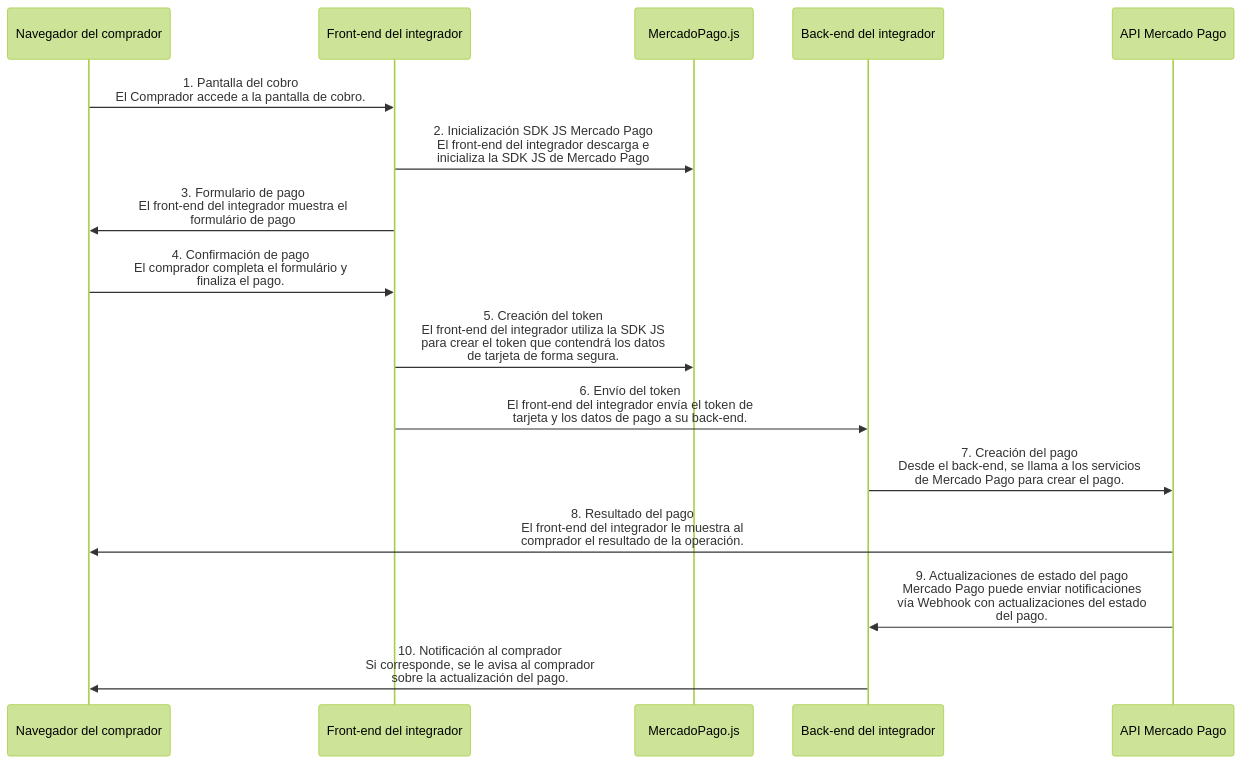
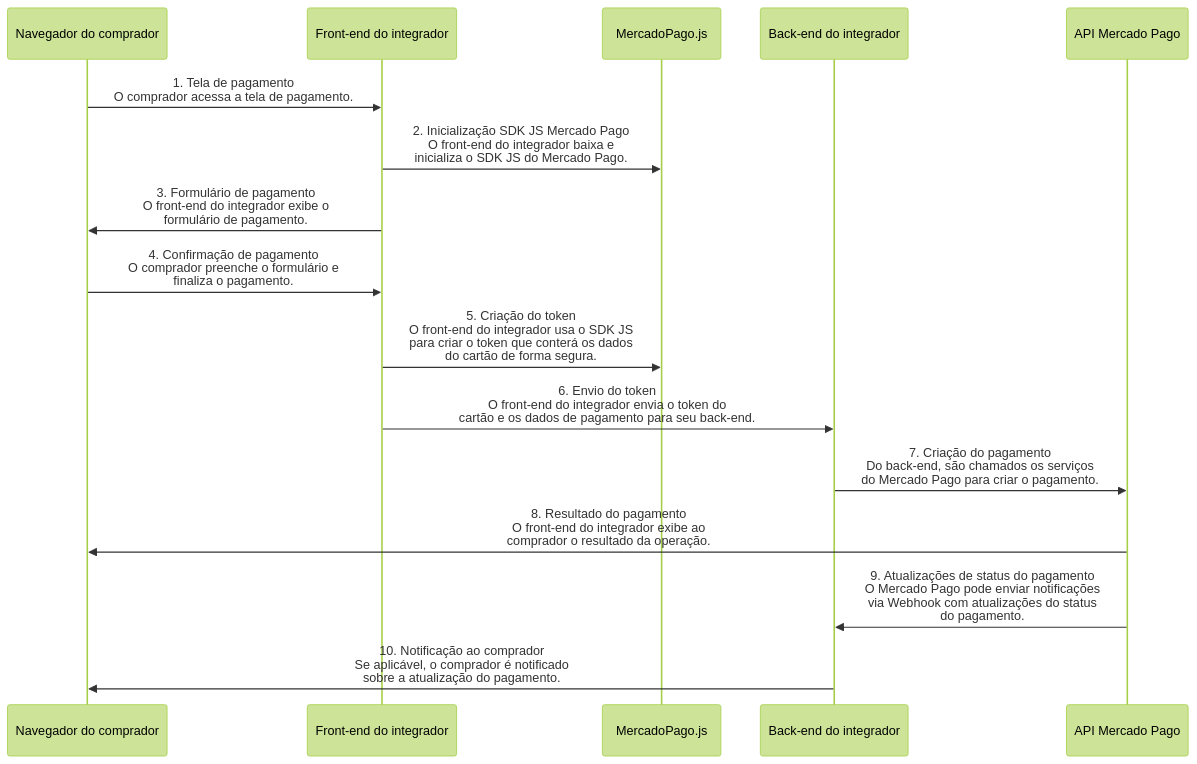
Before and after one commit to 22Neves/devsite-docs: the first of 2 diagrams in guides/checkout-api-orders/payment-integration-cards.pt.md, drawn with Mermaid (forest theme). The commit also changed other lines of this file and 13 other files, not shown here.

```diff
--- a/guides/checkout-api-orders/payment-integration-cards.pt.md
+++ b/guides/checkout-api-orders/payment-integration-cards.pt.md
@@ -16,18 +15,19 @@
 <pre class="mermaid">
   sequenceDiagram
-      participant Navegador del comprador
-      participant Front-end del integrador
-      participant MercadoPago.js
-      participant Back-end del integrador
-      participant API Mercado Pago
-      Navegador del comprador->>Front-end del integrador: 1. Pantalla del cobro<br>El Comprador accede a la pantalla de cobro.
-      Front-end del integrador->>MercadoPago.js: 2. Inicialización SDK JS Mercado Pago<br> El front-end del integrador descarga e<br>inicializa la SDK JS de Mercado Pago 
-      Front-end del integrador->>Navegador del comprador: 3. Formulario de pago<br>El front-end del integrador muestra el<br>formulário de pago
-      Navegador del comprador->>Front-end del integrador: 4. Confirmación de pago<br>El comprador completa el formulário y<br>finaliza el pago.
-      Front-end del integrador->>MercadoPago.js: 5. Creación del token<br>El front-end del integrador utiliza la SDK JS<br>para crear el token que contendrá los datos<br>de tarjeta de forma segura.
-      Front-end del integrador->>Back-end del integrador: 6. Envío del token<br>El front-end del integrador envía el token de<br>tarjeta y los datos de pago a su back-end.
-      Back-end del integrador->>API Mercado Pago: 7. Creación del pago<br>Desde el back-end, se llama a los servicios<br>de Mercado Pago para crear el pago.
-      API Mercado Pago->>Navegador del comprador: 8. Resultado del pago<br>El front-end del integrador le muestra al<br>comprador el resultado de la operación.
-      API Mercado Pago->>Back-end del integrador: 9. Actualizaciones de estado del pago<br>Mercado Pago puede enviar notificaciones<br>vía Webhook con actualizaciones del estado<br>del pago.
-      Back-end del integrador->>Navegador del comprador: 10. Notificación al comprador<br>Si corresponde, se le avisa al comprador<br>sobre la actualización del pago.
+    participant Navegador as Navegador do comprador
+    participant Frontend as Front-end do integrador
+    participant MPjs as MercadoPago.js
+    participant Backend as Back-end do integrador
+    participant API as API Mercado Pago
+
+    Navegador->>Frontend: 1. Tela de pagamento<br>O comprador acessa a tela de pagamento.
+    Frontend->>MPjs: 2. Inicialização SDK JS Mercado Pago<br>O front-end do integrador baixa e<br>inicializa o SDK JS do Mercado Pago.
+    Frontend->>Navegador: 3. Formulário de pagamento<br>O front-end do integrador exibe o<br>formulário de pagamento.
+    Navegador->>Frontend: 4. Confirmação de pagamento<br>O comprador preenche o formulário e<br>finaliza o pagamento.
+    Frontend->>MPjs: 5. Criação do token<br>O front-end do integrador usa o SDK JS<br>para criar o token que conterá os dados<br>do cartão de forma segura.
+    Frontend->>Backend: 6. Envio do token<br>O front-end do integrador envia o token do<br>cartão e os dados de pagamento para seu back-end.
+    Backend->>API: 7. Criação do pagamento<br>Do back-end, são chamados os serviços<br>do Mercado Pago para criar o pagamento.
+    API->>Navegador: 8. Resultado do pagamento<br>O front-end do integrador exibe ao<br>comprador o resultado da operação.
+    API->>Backend: 9. Atualizações de status do pagamento<br>O Mercado Pago pode enviar notificações<br>via Webhook com atualizações do status<br>do pagamento.
+    Backend->>Navegador: 10. Notificação ao comprador<br>Se aplicável, o comprador é notificado<br>sobre a atualização do pagamento.
 </pre>
```
